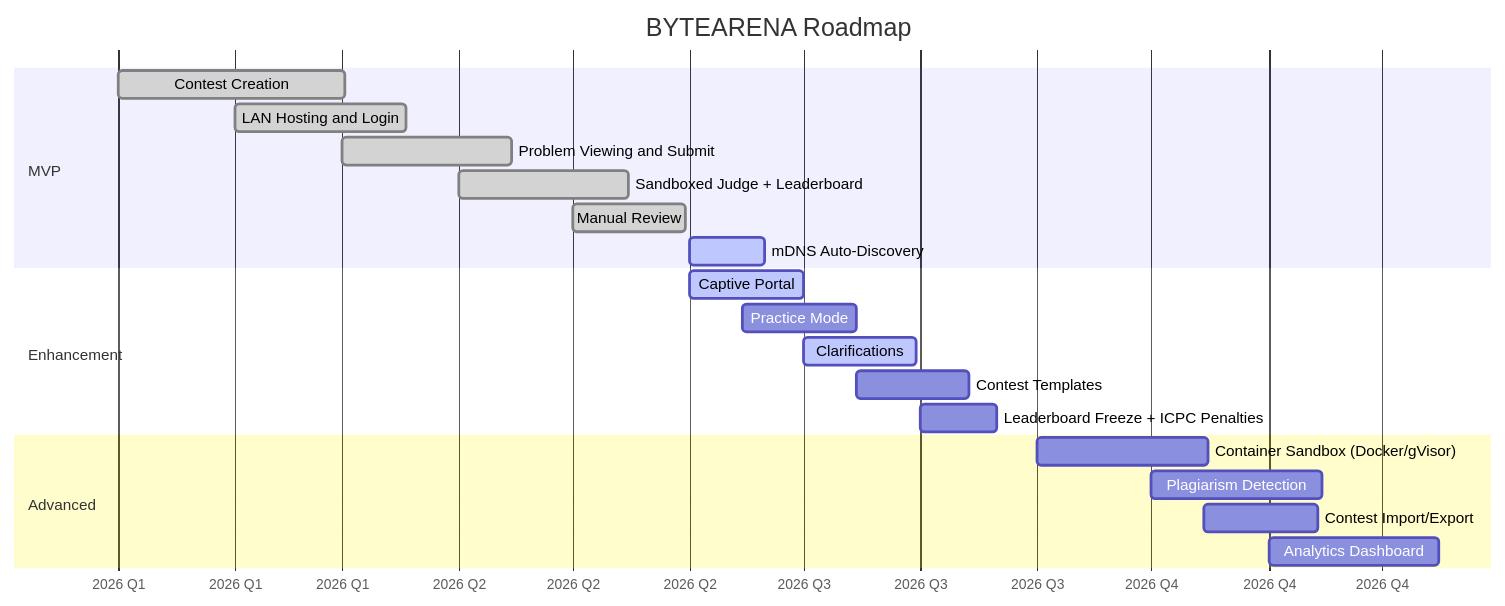
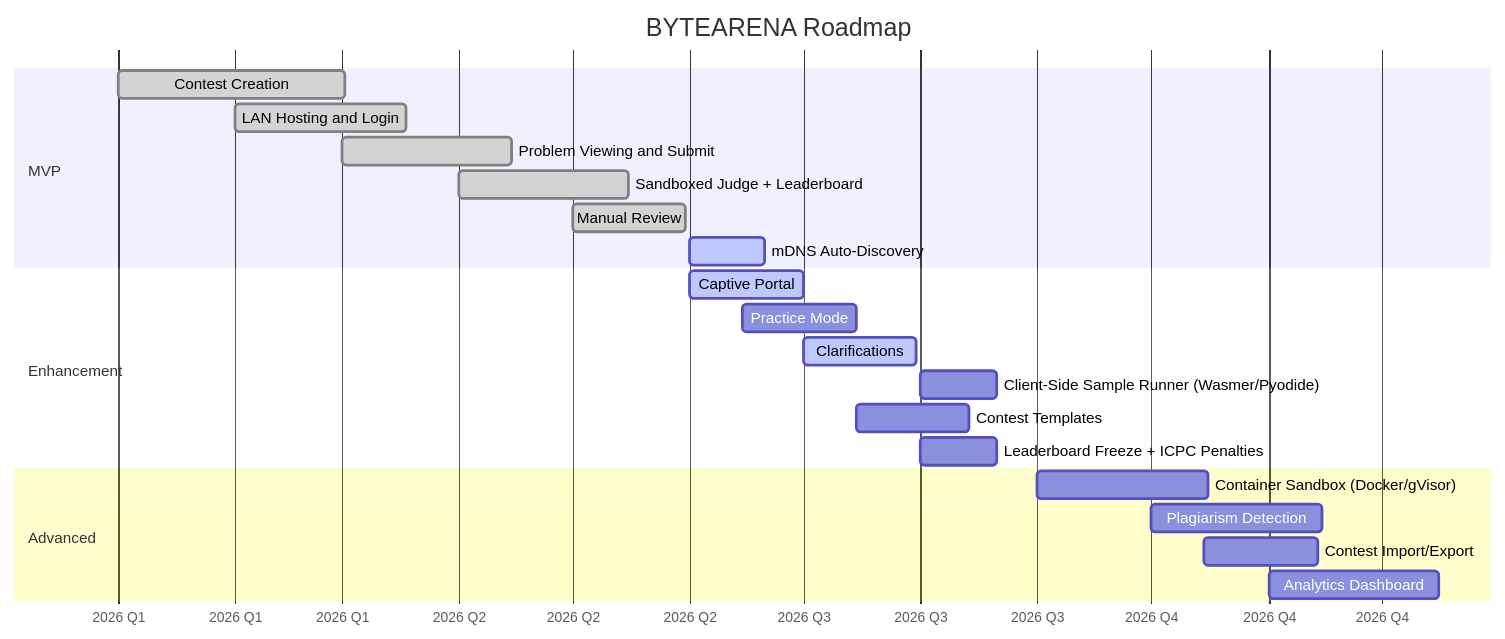
Before and after one commit to mrinmoyChakraborty-mrinox/ByteArena: the eighth of 8 diagrams in README.md, drawn with Mermaid. The commit also changed other lines of this file and 39 other files, not shown here.

````diff
--- a/README.md
+++ b/README.md
@@ -237,27 +239,28 @@
 ```mermaid
 gantt
     title BYTEARENA Roadmap
     dateFormat YYYY-MM-DD
     axisFormat %Y Q%q
 
     section MVP
     Contest Creation             :done, p1a, 2026-01-01, 60d
     LAN Hosting and Login        :done, p1b, 2026-02-01, 45d
     Problem Viewing and Submit   :done, p1c, 2026-03-01, 45d
     Sandboxed Judge + Leaderboard:done, p1d, 2026-04-01, 45d
     Manual Review                :done, p1e, 2026-05-01, 30d
     mDNS Auto-Discovery          :active, p1f, 2026-06-01, 20d
 
     section Enhancement
     Captive Portal               :active, p2a, 2026-06-01, 30d
     Practice Mode                :p2b, 2026-06-15, 30d
     Clarifications                :active, p2c, 2026-07-01, 30d
+    Client-Side Sample Runner (Wasmer/Pyodide) :p2f, 2026-08-01, 20d
     Contest Templates            :p2d, 2026-07-15, 30d
     Leaderboard Freeze + ICPC Penalties :p2e, 2026-08-01, 20d
 
     section Advanced
     Container Sandbox (Docker/gVisor) :p3a, 2026-09-01, 45d
     Plagiarism Detection          :p3b, 2026-10-01, 45d
     Contest Import/Export         :p3c, 2026-10-15, 30d
     Analytics Dashboard           :p3d, 2026-11-01, 45d
 ```
````
